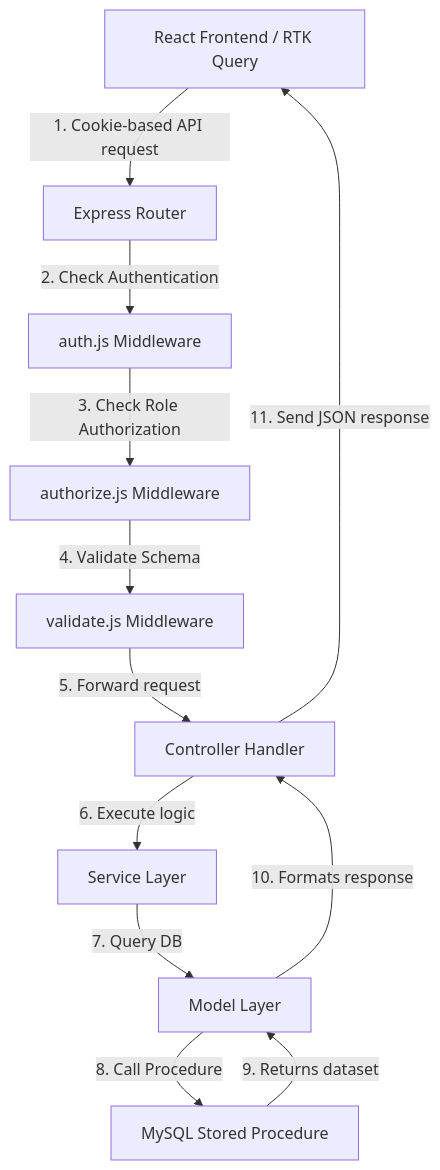
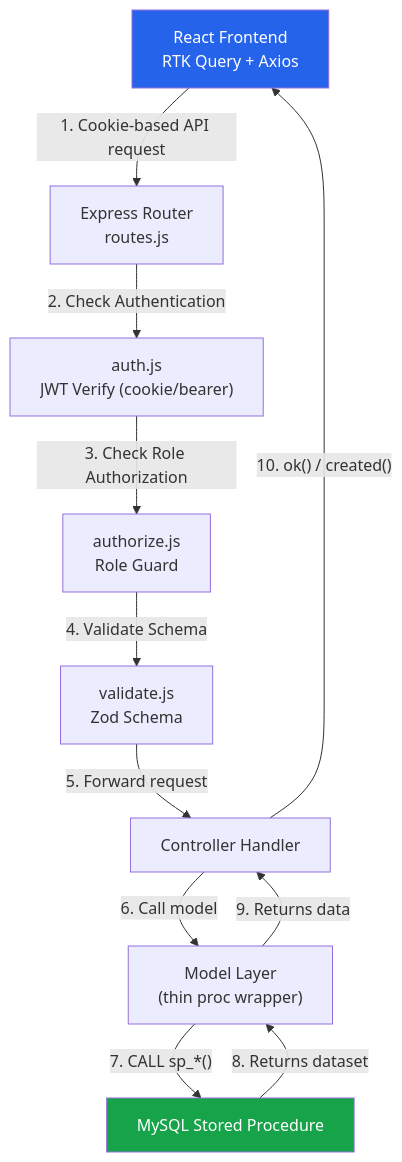
Before and after one commit to mayur036/School-Management-System: the first of 2 diagrams in project_analysis_report.md, drawn with Mermaid. The commit also changed other lines of this file and 11 other files, not shown here.

````diff
--- a/project_analysis_report.md
+++ b/project_analysis_report.md
@@ -48,14 +57,16 @@
 ```mermaid
 graph TD
-    Client[React Frontend / RTK Query] -->|1. Cookie-based API request| Router[Express Router]
-    Router -->|2. Check Authentication| AuthMiddleware[auth.js Middleware]
-    AuthMiddleware -->|3. Check Role Authorization| Authorize[authorize.js Middleware]
-    Authorize -->|4. Validate Schema| ZodValidator[validate.js Middleware]
-    ZodValidator -->|5. Forward request| Controller[Controller Handler]
-    Controller -->|6. Execute logic| Service[Service Layer]
-    Service -->|7. Query DB| Model[Model Layer]
-    Model -->|8. Call Procedure| StoredProc[MySQL Stored Procedure]
-    StoredProc -->|9. Returns dataset| Model
-    Model -->|10. Formats response| Controller
-    Controller -->|11. Send JSON response| Client
+    Client["React Frontend<br/>RTK Query + Axios"] -->|"1. Cookie-based API request"| Router["Express Router<br/>routes.js"]
+    Router -->|"2. Check Authentication"| AuthMiddleware["auth.js<br/>JWT Verify (cookie/bearer)"]
+    AuthMiddleware -->|"3. Check Role Authorization"| Authorize["authorize.js<br/>Role Guard"]
+    Authorize -->|"4. Validate Schema"| ZodValidator["validate.js<br/>Zod Schema"]
+    ZodValidator -->|"5. Forward request"| Controller["Controller Handler"]
+    Controller -->|"6. Call model"| Model["Model Layer<br/>(thin proc wrapper)"]
+    Model -->|"7. CALL sp_*()"| StoredProc["MySQL Stored Procedure"]
+    StoredProc -->|"8. Returns dataset"| Model
+    Model -->|"9. Returns data"| Controller
+    Controller -->|"10. ok() / created()"| Client
+    
+    style Client fill:#2563EB,color:#fff
+    style StoredProc fill:#16A34A,color:#fff
 ```
````
